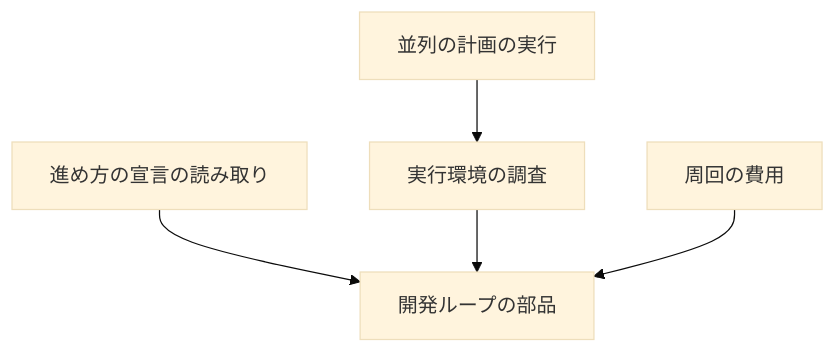
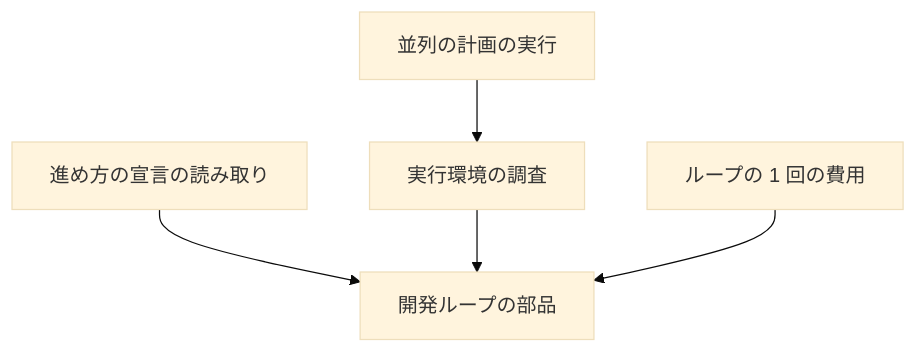
Before and after one commit to devbasex/ai-plugins: the first of 5 diagrams in docs/specifications/ndf-development-loop-limits.md, drawn with Mermaid (base theme). The commit also changed other lines of this file and 110 other files, not shown here.

````diff
--- a/docs/specifications/ndf-development-loop-limits.md
+++ b/docs/specifications/ndf-development-loop-limits.md
@@ -89,7 +89,7 @@
 ```mermaid
 graph TD
     A[進め方の宣言の読み取り] --> B[開発ループの部品]
     F[実行環境の調査] --> B
-    G[周回の費用] --> B
+    G[ループの 1 回の費用] --> B
     P[並列の計画の実行] --> F
 ```
````
